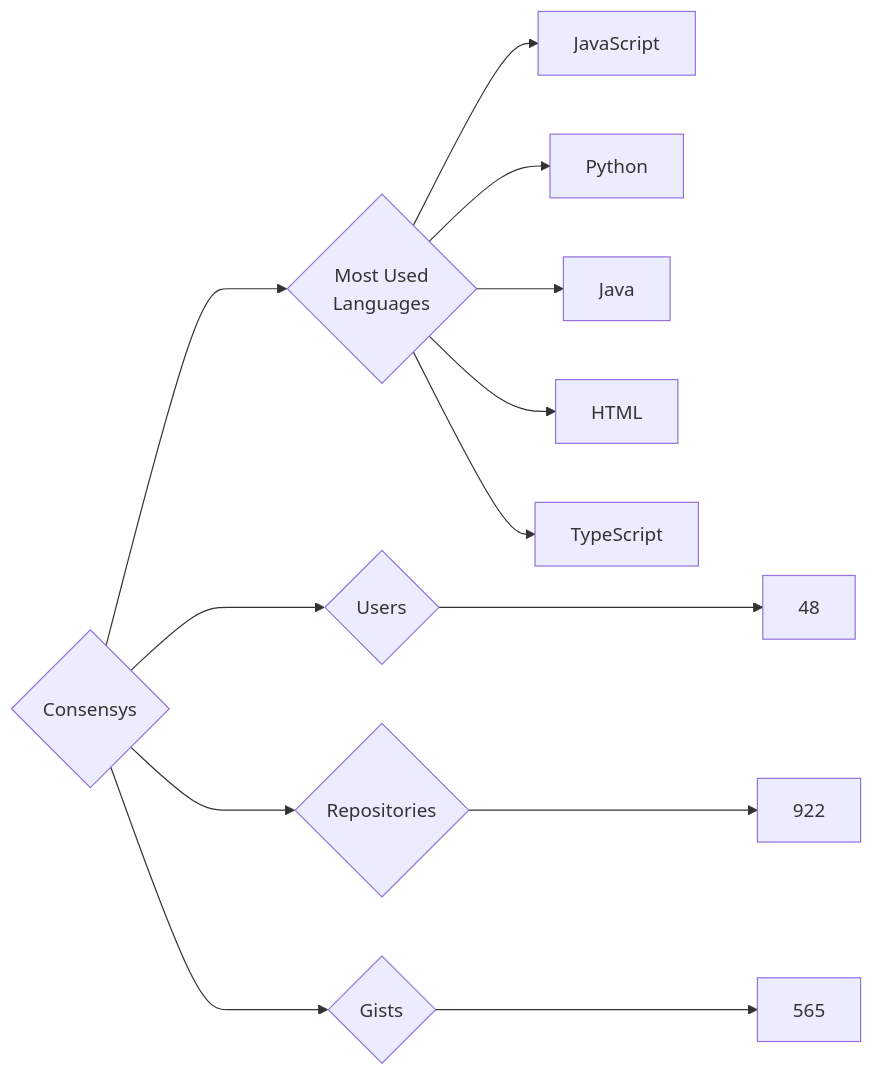
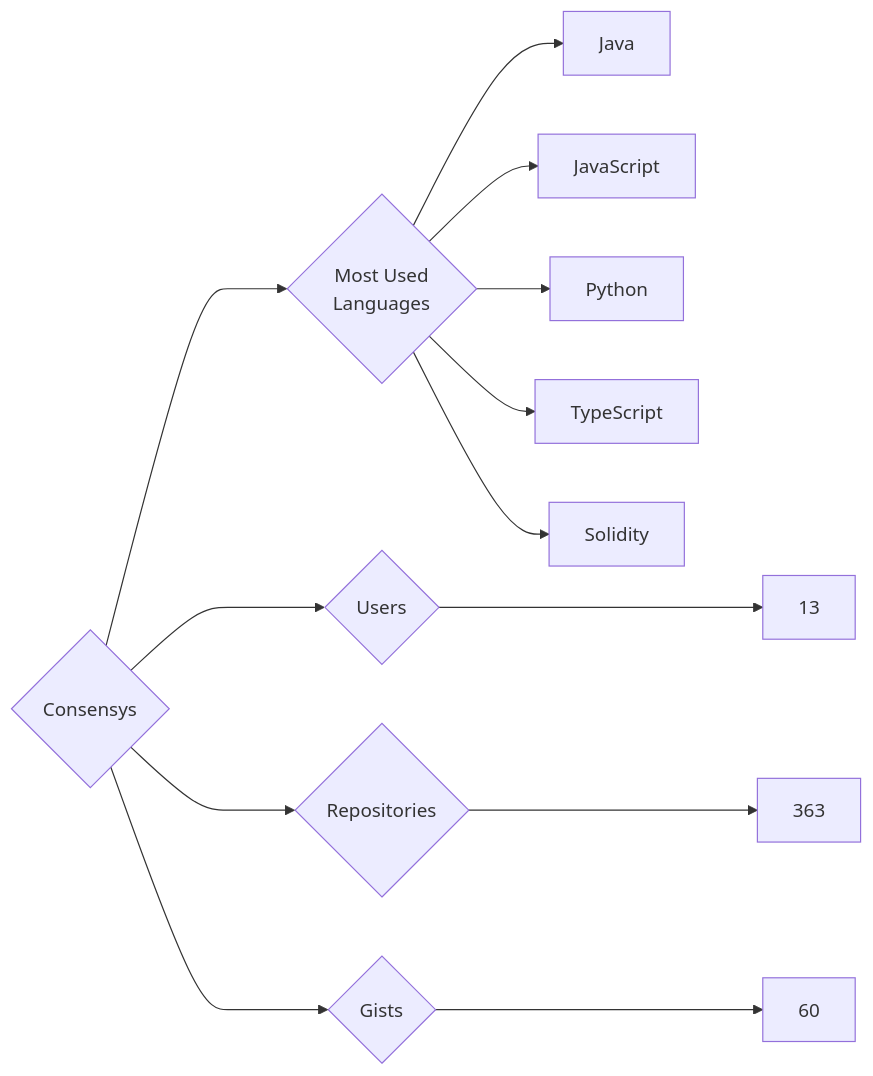
The diagram in targets/Consensys/README.md (trickest/insiders), drawn with Mermaid before and after one commit. The commit also changed 861 other files, not shown here.

````diff
--- a/targets/Consensys/README.md
+++ b/targets/Consensys/README.md
@@ -3,13 +3,13 @@
 ```mermaid
 graph LR
 COMPANY_NAME{Consensys}
-COMPANY_NAME ---> U{Users} ---> UN[48]
-COMPANY_NAME ---> R{Repositories} ---> RN[922]
-COMPANY_NAME ---> G{Gists} ---> GN[565]
+COMPANY_NAME ---> U{Users} ---> UN[13]
+COMPANY_NAME ---> R{Repositories} ---> RN[363]
+COMPANY_NAME ---> G{Gists} ---> GN[60]
 COMPANY_NAME ---> ML{Most Used<br>Languages}
+ML --> Java[Java]
 ML --> JavaScript[JavaScript]
 ML --> Python[Python]
-ML --> Java[Java]
-ML --> HTML[HTML]
 ML --> TypeScript[TypeScript]
+ML --> Solidity[Solidity]
 ```
````
